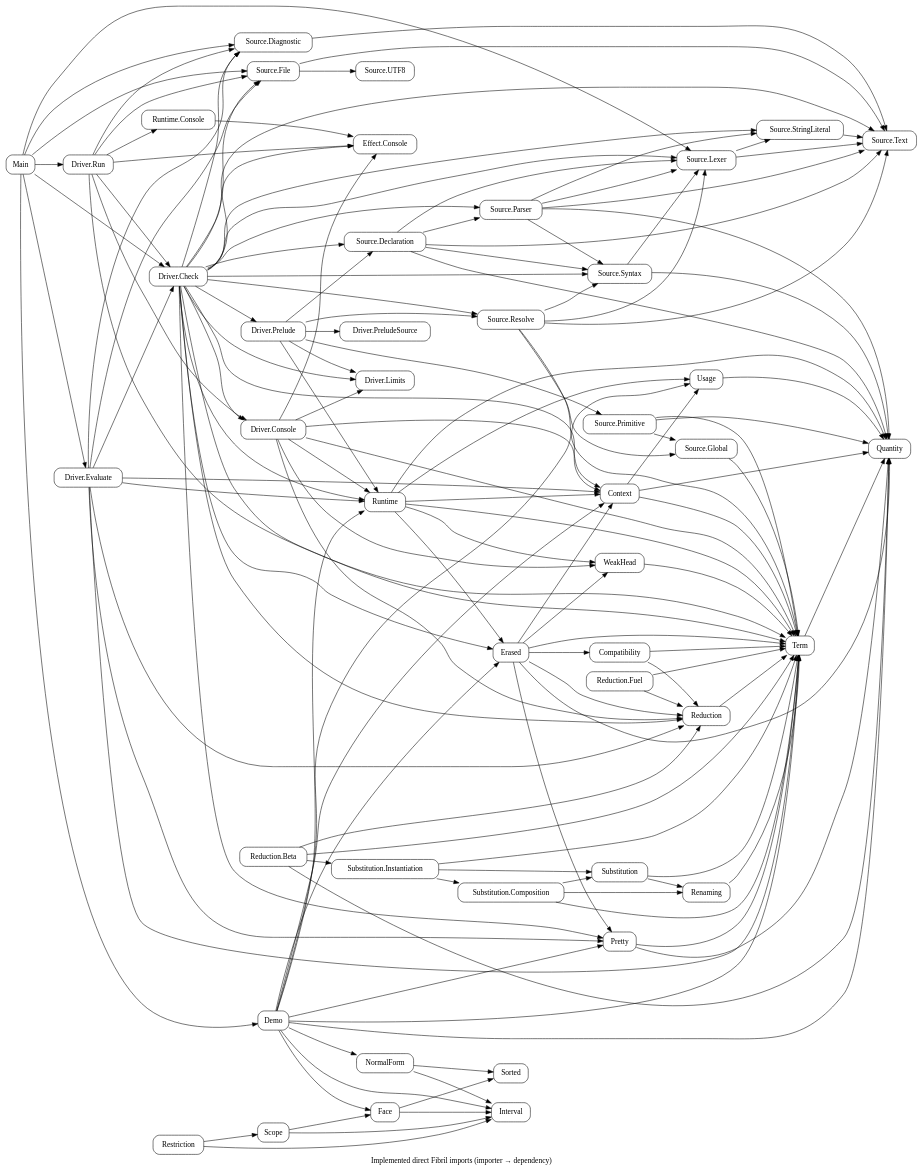
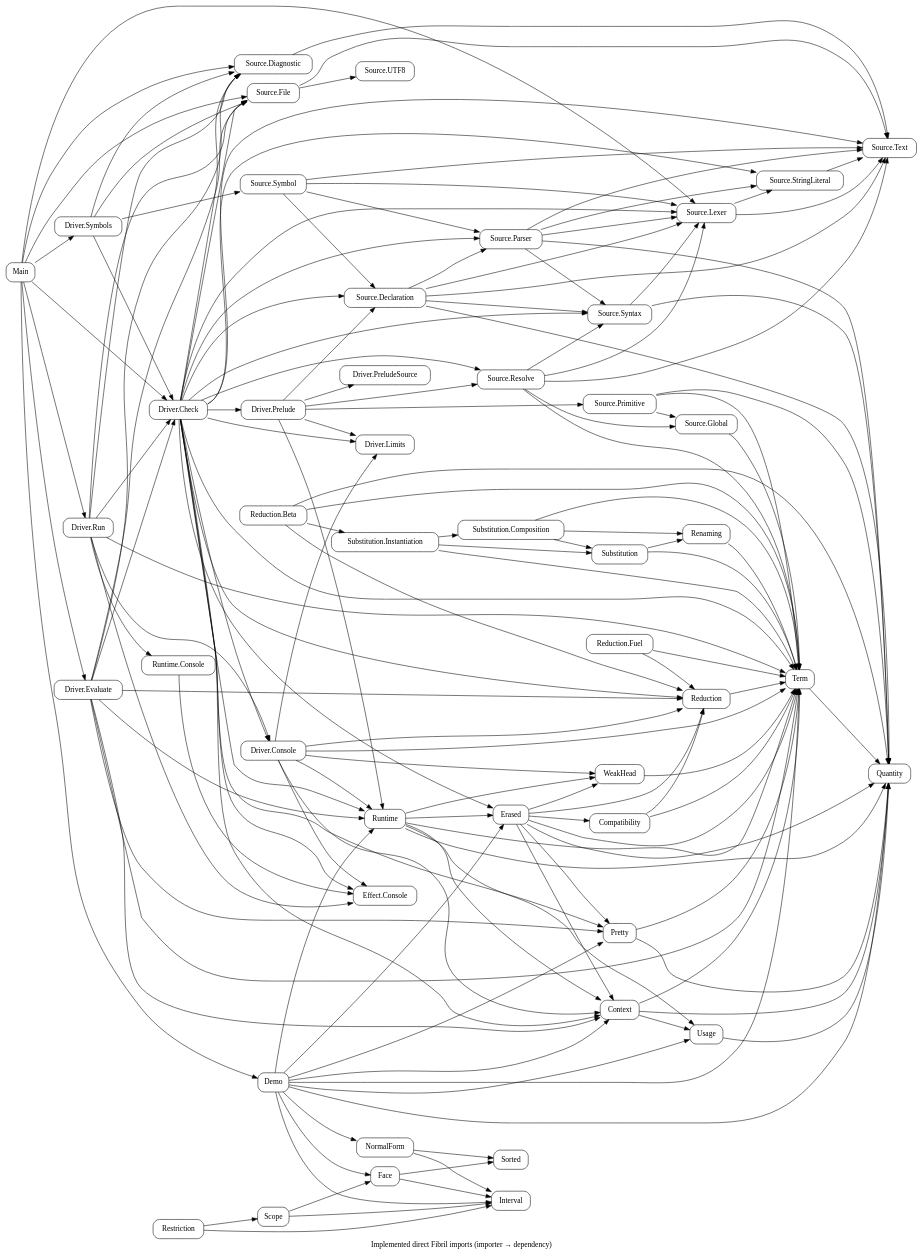
One commit to odunboye/fibril changed the diagram in docs/diagrams/modules.dot. Above: the diagram before and after it, drawn with Graphviz. The commit also changed 12 other files, not shown here.

Commit message:
Expose parsed document symbols with precise declaration name spans

```diff
--- a/docs/diagrams/modules.dot
+++ b/docs/diagrams/modules.dot
@@ -1,40 +1,42 @@
 digraph Modules {
 rankdir=LR; node [shape=box,style=rounded];
 "Source.File" -> {"Source.UTF8" "Source.Text"};
 Main -> {"Source.File" "Source.Lexer" "Source.Diagnostic"};
 "Source.Diagnostic" -> "Source.Text";
 "Source.Declaration" -> {Quantity "Source.Text" "Source.Lexer" "Source.Syntax" "Source.Parser"};
 "Source.Lexer" -> {"Source.Text" "Source.StringLiteral"};
 "Source.StringLiteral" -> "Source.Text";
 "Driver.Console" -> {Context Term Runtime Reduction WeakHead "Effect.Console" "Driver.Limits"};
 "Runtime.Console" -> "Effect.Console";
 "Driver.Run" -> {Term "Source.File" "Source.Diagnostic" "Effect.Console" "Runtime.Console" "Driver.Check" "Driver.Console"};
 "Source.Syntax" -> {Quantity "Source.Lexer"};
 "Source.Parser" -> {Quantity "Source.Text" "Source.Lexer" "Source.Syntax" "Source.StringLiteral"};
 "Source.Resolve" -> {Term "Source.Text" "Source.Lexer" "Source.Syntax" "Source.Global"};
 "Driver.Check" -> {"Source.Text" "Source.Lexer" "Source.Syntax" "Source.Parser" "Source.Declaration" "Source.StringLiteral" "Source.Resolve" "Source.File" "Source.Diagnostic" Term Context Pretty Erased Runtime "Driver.Console" "Effect.Console"};
 "Driver.Prelude" -> {Runtime "Source.Declaration" "Source.Resolve" "Source.Primitive" "Driver.PreludeSource" "Driver.Limits"};
 "Source.Primitive" -> {"Source.Global" Term Quantity};
 "Source.Global" -> Term;
 "Driver.Check" -> {"Driver.Prelude" "Driver.Limits" Reduction};
-Main -> {"Driver.Check" "Driver.Evaluate" "Driver.Run"};
+"Source.Symbol" -> {"Source.Declaration" "Source.Parser" "Source.Lexer" "Source.Text"};
+"Driver.Symbols" -> {"Source.Symbol" "Driver.Check" "Source.File" "Source.Diagnostic"};
+Main -> {"Driver.Symbols" "Driver.Check" "Driver.Evaluate" "Driver.Run"};
 "Driver.Evaluate" -> {Context Term Pretty Reduction Runtime "Source.File" "Source.Diagnostic" "Driver.Check"};
 Quantity; Interval; NormalForm; Face; Scope; Restriction; Term;
 NormalForm -> {Interval Sorted}; Face -> {Interval Sorted};
 Scope -> {Interval Face}; Restriction -> {Interval Scope};
 Demo -> {Quantity Term Context Usage Pretty Erased Runtime Interval NormalForm Face};
 Main -> Demo;
 Pretty -> {Quantity Term};
 Term -> Quantity; Usage -> Quantity; Context -> {Quantity Term Usage};
 Reduction -> Term; WeakHead -> Term;
 Compatibility -> {Term Reduction};
 Renaming -> Term;
 Substitution -> {Term Renaming};
 "Substitution.Composition" -> {Term Renaming Substitution};
 "Substitution.Instantiation" -> {Term Substitution "Substitution.Composition"};
 "Reduction.Beta" -> {Quantity Term Reduction "Substitution.Instantiation"};
 "Reduction.Fuel" -> {Term Reduction};
 Erased -> {Quantity Term Pretty Context Compatibility WeakHead Reduction};
 Runtime -> {Quantity Term Context Usage WeakHead Erased};
 label="Implemented direct Fibril imports (importer → dependency)";
 }
```
